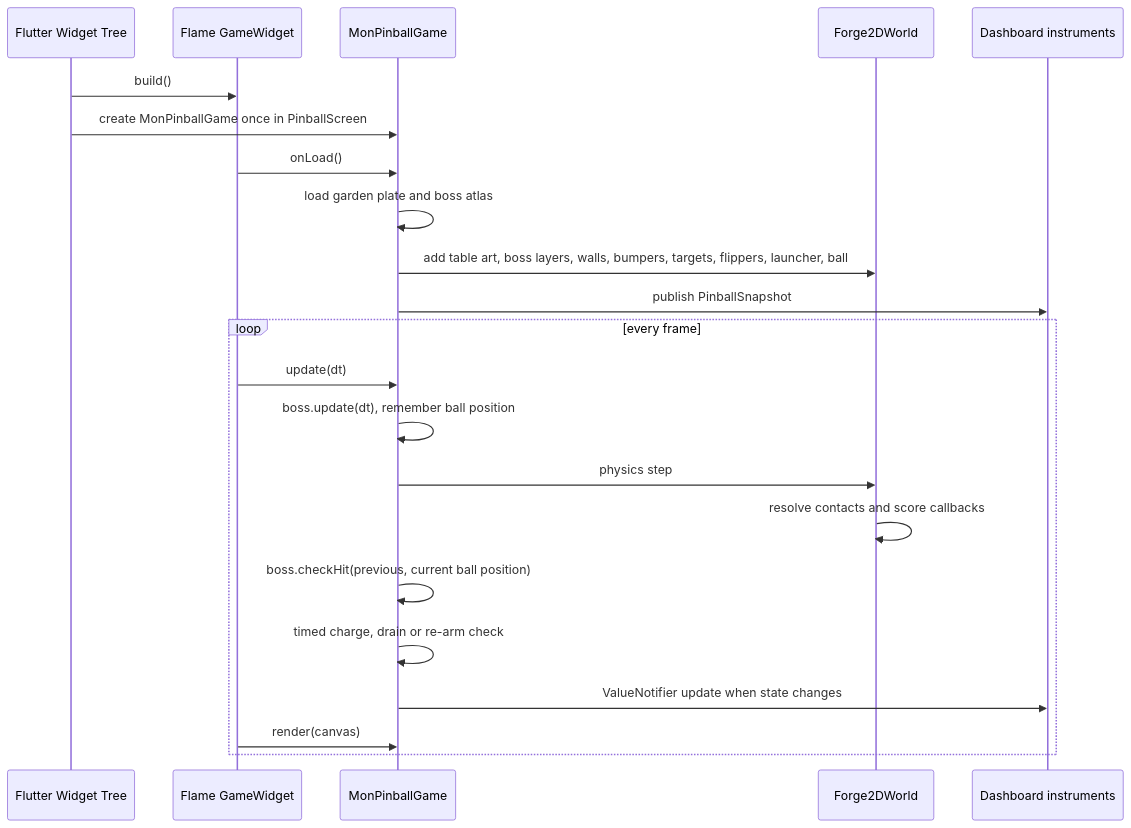
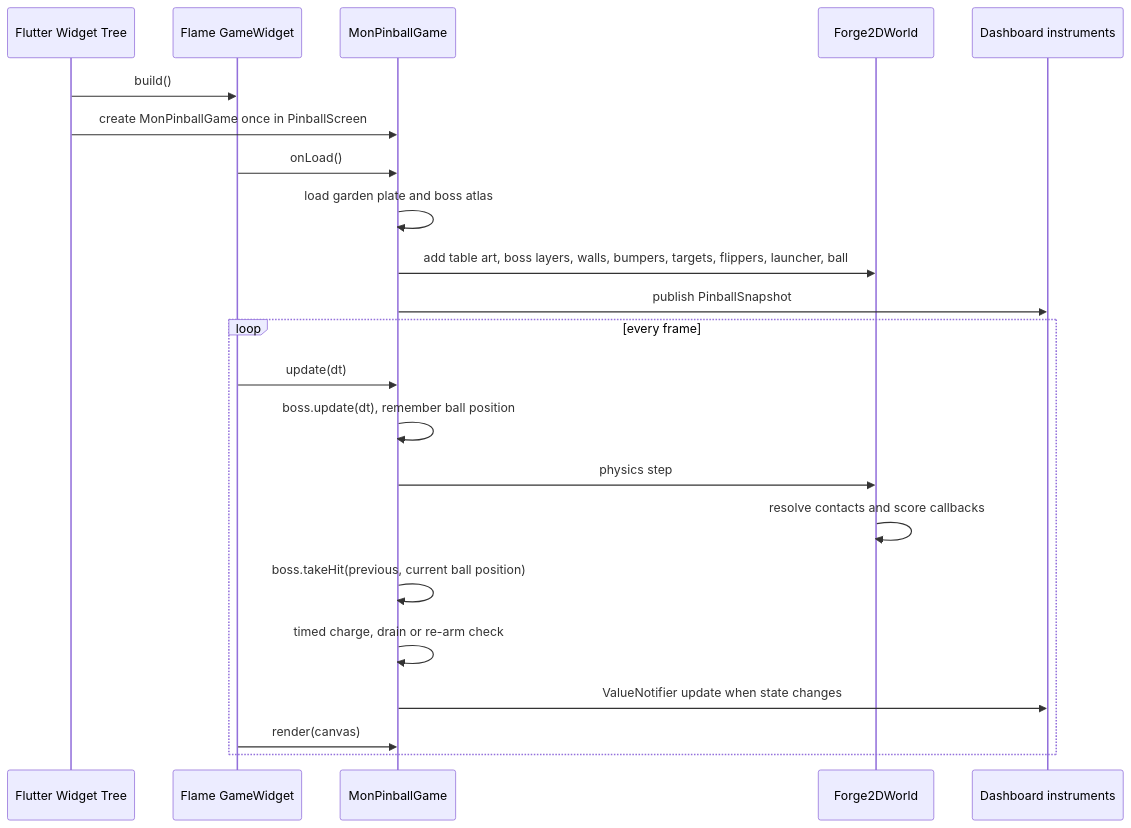
Before and after one commit to cassiadev/mon_pinball: the second of 8 diagrams in README.ko.md, drawn with Mermaid. The commit also changed other lines of this file and 21 other files, not shown here.

````diff
--- a/README.ko.md
+++ b/README.ko.md
@@ -281,26 +281,26 @@
 ```mermaid
 sequenceDiagram
   participant Flutter as Flutter Widget Tree
   participant GameWidget as Flame GameWidget
   participant Game as MonPinballGame
   participant World as Forge2DWorld
   participant HUD as Dashboard instruments
 
   Flutter->>GameWidget: build()
   Flutter->>Game: create MonPinballGame once in PinballScreen
   GameWidget->>Game: onLoad()
   Game->>Game: load garden plate and boss atlas
   Game->>World: add table art, boss layers, walls, bumpers, targets, flippers, launcher, ball
   Game->>HUD: publish PinballSnapshot
 
   loop every frame
     GameWidget->>Game: update(dt)
     Game->>Game: boss.update(dt), remember ball position
     Game->>World: physics step
     World->>World: resolve contacts and score callbacks
-    Game->>Game: boss.checkHit(previous, current ball position)
+    Game->>Game: boss.takeHit(previous, current ball position)
     Game->>Game: timed charge, drain or re-arm check
     Game->>HUD: ValueNotifier update when state changes
     GameWidget->>Game: render(canvas)
   end
 ```
````
